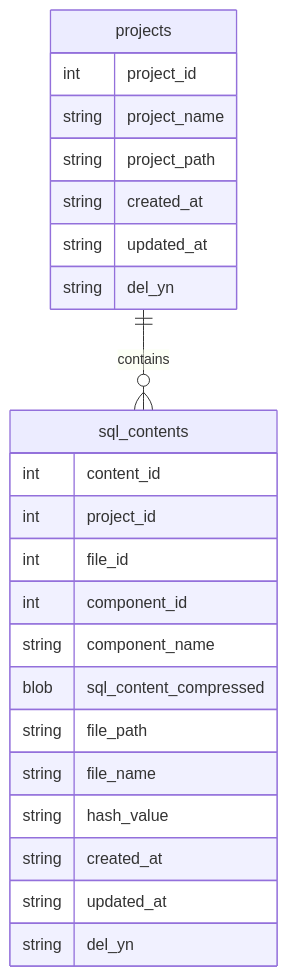
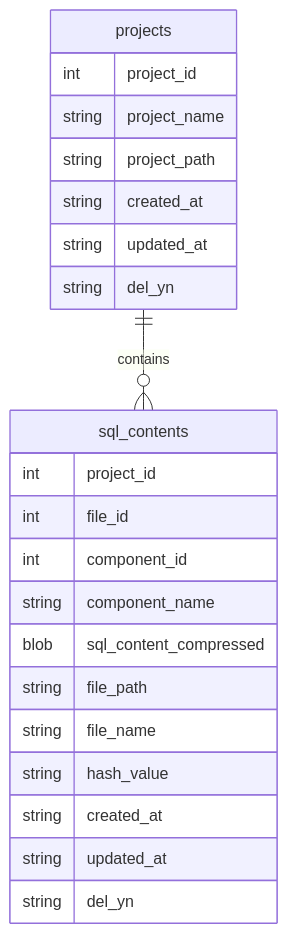
Before and after one commit to kumtaek/CreateMetaDb: the fourth of 4 diagrams in docs/02_데이터베이스_스키마_정의서.md, drawn with Mermaid. The commit also changed other lines of this file and 56 other files, not shown here.

````diff
--- a/docs/02_데이터베이스_스키마_정의서.md
+++ b/docs/02_데이터베이스_스키마_정의서.md
@@ -779,28 +779,27 @@
 ```mermaid
 erDiagram
     projects {
         int project_id
         string project_name
         string project_path
         string created_at
         string updated_at
         string del_yn
     }
 
     sql_contents {
-        int content_id
         int project_id
         int file_id
         int component_id
         string component_name
         blob sql_content_compressed
         string file_path
         string file_name
         string hash_value
         string created_at
         string updated_at
         string del_yn
     }
 
     projects ||--o{ sql_contents : "contains"
 ```
````
